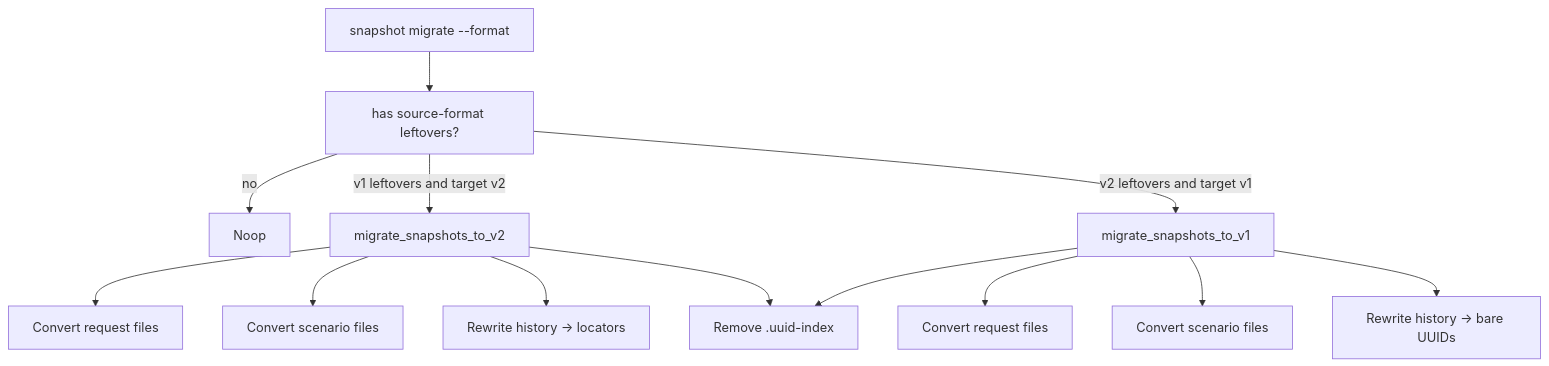
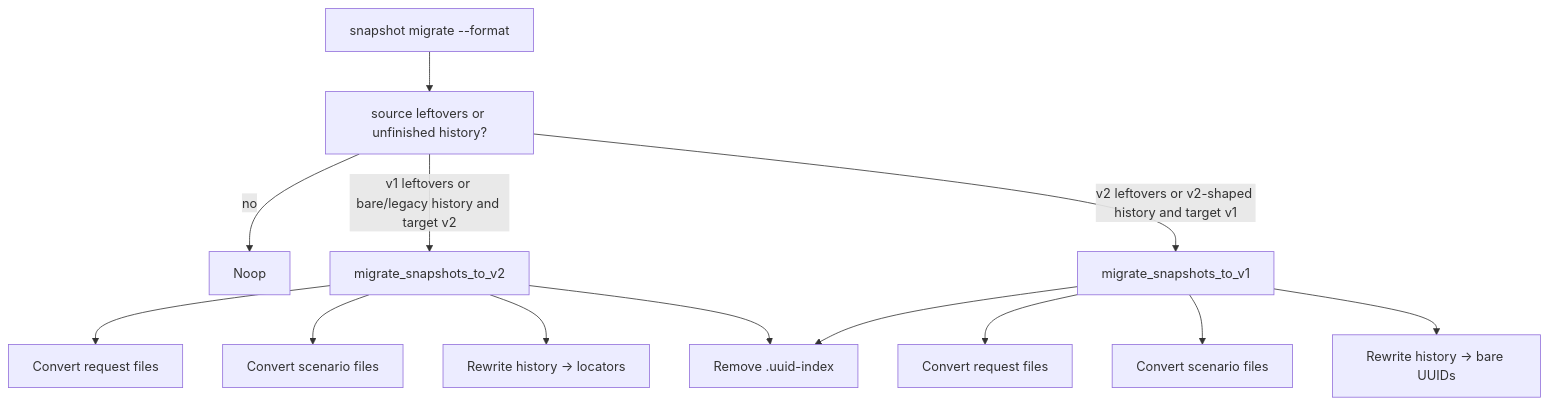
One commit to Stoobly/stoobly-agent changed the diagram in docs/snapshot-migrate.md. Above: the diagram before and after it, drawn with Mermaid. The commit also changed other lines of this file and 2 other files, not shown here.

Commit message:
Fix remigrate noop when history rewrite was interrupted.
Treat unfinished history locator rewrite as remaining work so a pure
target-format tree after the last source file was removed still backfills
and rewrites instead of nooping.

````diff
--- a/docs/snapshot-migrate.md
+++ b/docs/snapshot-migrate.md
@@ -42,15 +42,15 @@
 ```mermaid
 flowchart TB
-  cli["snapshot migrate --format"] --> gate[has source-format leftovers?]
+  cli["snapshot migrate --format"] --> gate["source leftovers or unfinished history?"]
   gate -->|no| noop[Noop]
-  gate -->|v1 leftovers and target v2| toV2[migrate_snapshots_to_v2]
-  gate -->|v2 leftovers and target v1| toV1[migrate_snapshots_to_v1]
+  gate -->|v1 leftovers or bare/legacy history and target v2| toV2[migrate_snapshots_to_v2]
+  gate -->|v2 leftovers or v2-shaped history and target v1| toV1[migrate_snapshots_to_v1]
   toV2 --> reqV2[Convert request files]
   toV2 --> scenV2[Convert scenario files]
   toV2 --> histV2[Rewrite history → locators]
   toV2 --> dropIdx[Remove .uuid-index]
   toV1 --> reqV1[Convert request files]
   toV1 --> scenV1[Convert scenario files]
   toV1 --> histV1[Rewrite history → bare UUIDs]
   toV1 --> dropIdx
 ```
````
